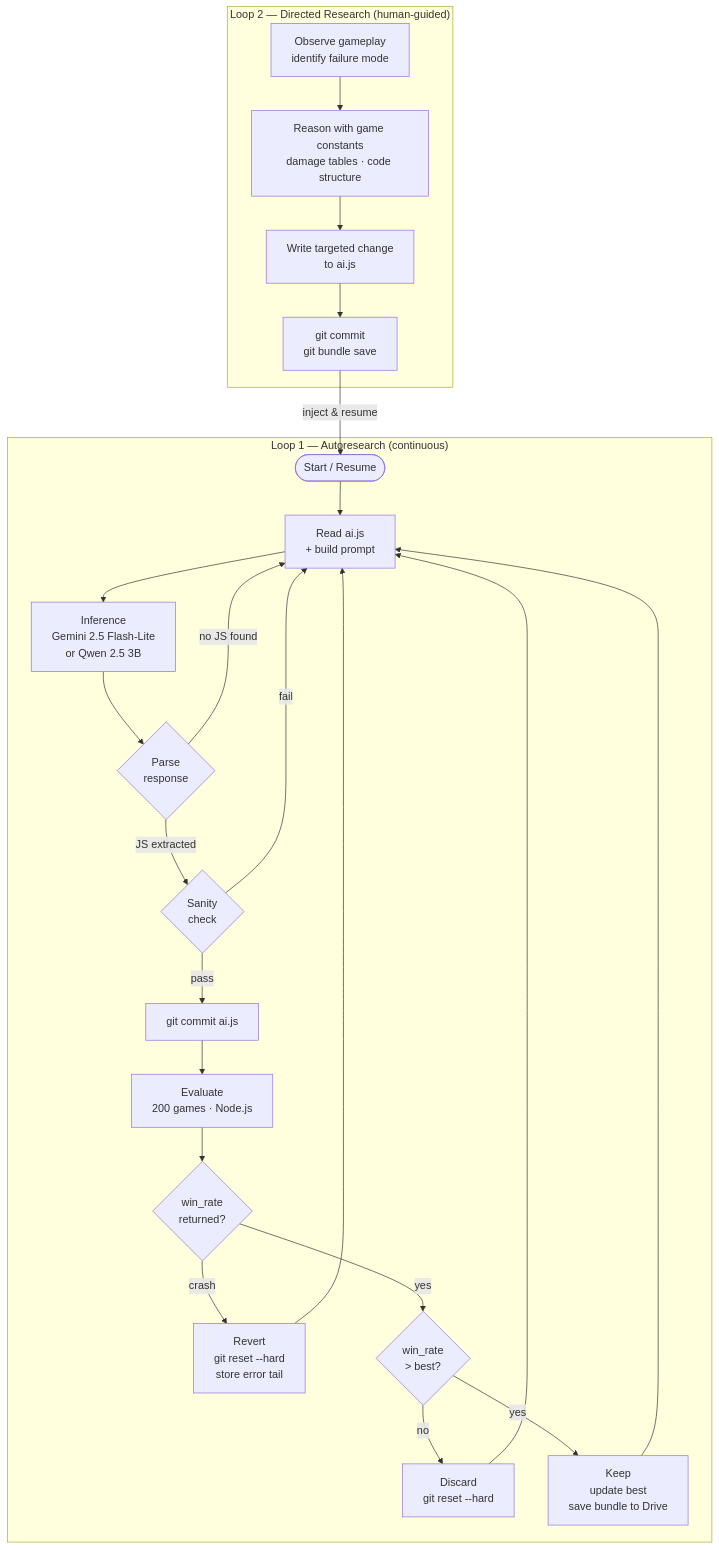
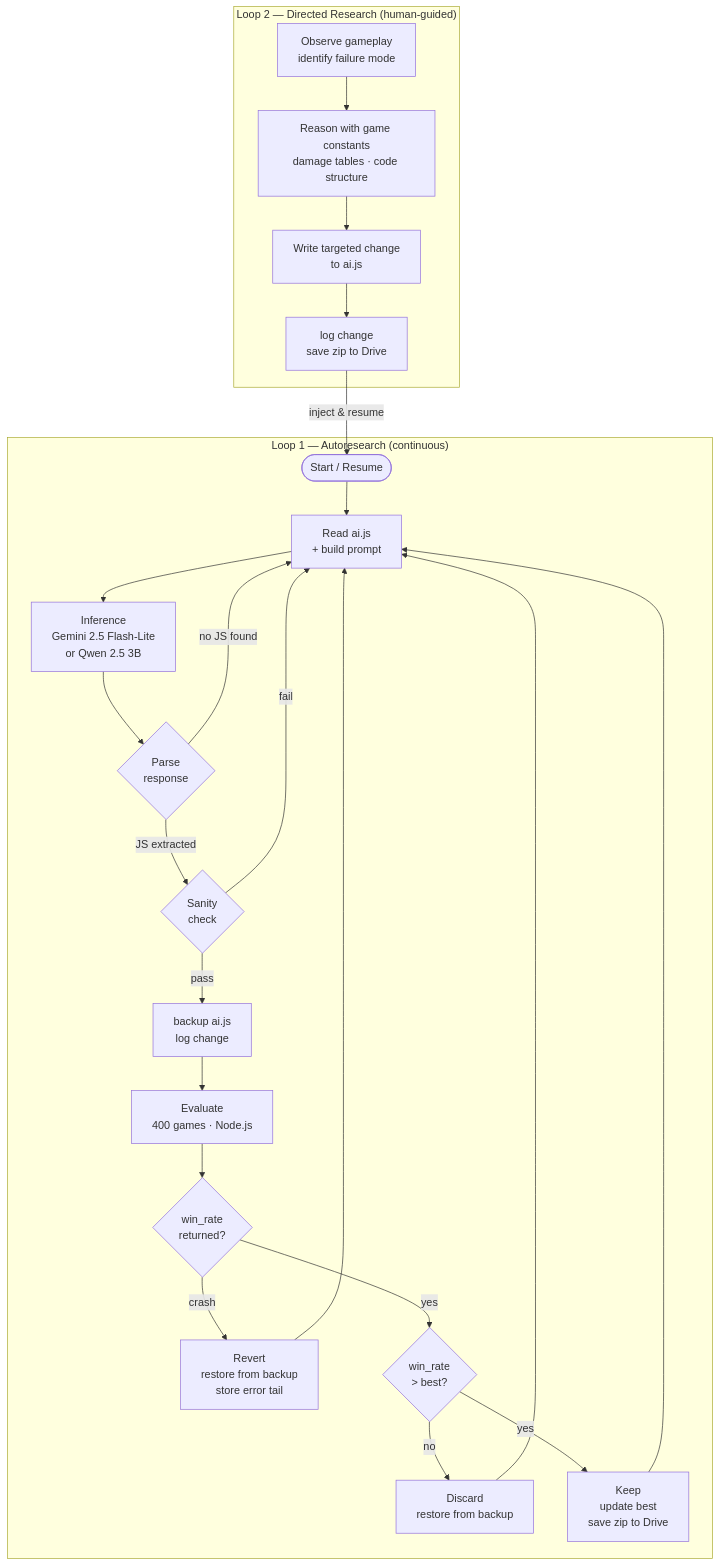
One commit to bob-friedman/ai-game-learning-rl changed the diagram in README.md. Above: the diagram before and after it, drawn with Mermaid. The commit also changed other lines of this file and 1 other file, not shown here.

````diff
--- a/README.md
+++ b/README.md
@@ -176,30 +176,30 @@
 ```mermaid
 flowchart TD
     subgraph L1["Loop 1 — Autoresearch (continuous)"]
         A([Start / Resume]) --> B[Read ai.js<br/>+ build prompt]
         B --> C["Inference<br/>Gemini 2.5 Flash-Lite<br/>or Qwen 2.5 3B"]
         C --> D{Parse<br/>response}
         D -- "no JS found" --> B
         D -- "JS extracted" --> E{Sanity<br/>check}
         E -- fail --> B
-        E -- pass --> F[git commit ai.js]
-        F --> G["Evaluate<br/>200 games · Node.js"]
+        E -- pass --> F[backup ai.js<br/>log change]
+        F --> G["Evaluate<br/>400 games · Node.js"]
         G --> H{"win_rate<br/>returned?"}
-        H -- crash --> I["Revert<br/>git reset --hard<br/>store error tail"]
+        H -- crash --> I["Revert<br/>restore from backup<br/>store error tail"]
         I --> B
         H -- yes --> J{"win_rate<br/>> best?"}
-        J -- no --> K["Discard<br/>git reset --hard"]
+        J -- no --> K["Discard<br/>restore from backup"]
         K --> B
-        J -- yes --> L["Keep<br/>update best<br/>save bundle to Drive"]
+        J -- yes --> L["Keep<br/>update best<br/>save zip to Drive"]
         L --> B
     end
 
     subgraph L2["Loop 2 — Directed Research (human-guided)"]
         M["Observe gameplay<br/>identify failure mode"]
         M --> N["Reason with game constants<br/>damage tables · code structure"]
         N --> O["Write targeted change<br/>to ai.js"]
-        O --> P[git commit<br/>git bundle save]
+        O --> P[log change<br/>save zip to Drive]
     end
 
     P -- "inject & resume" --> A
 ```
````
